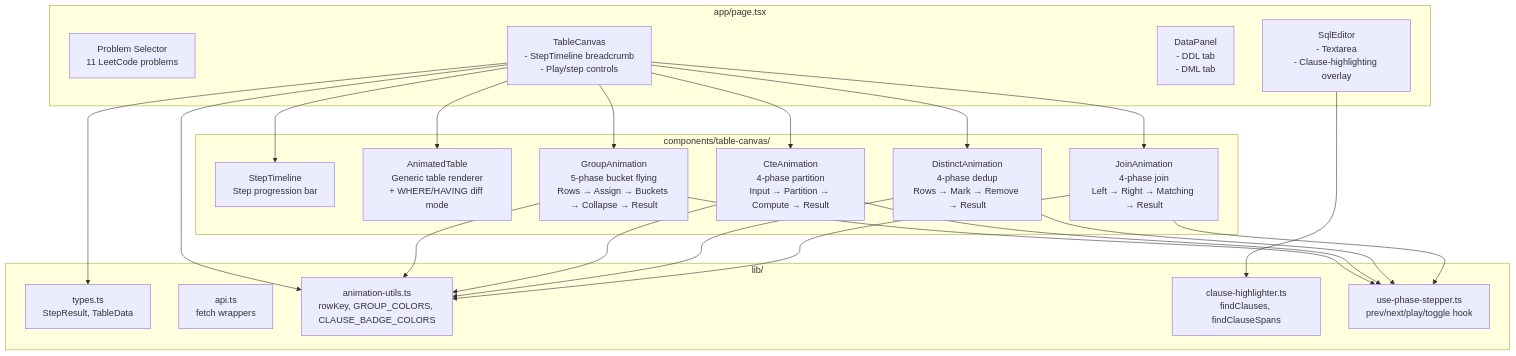
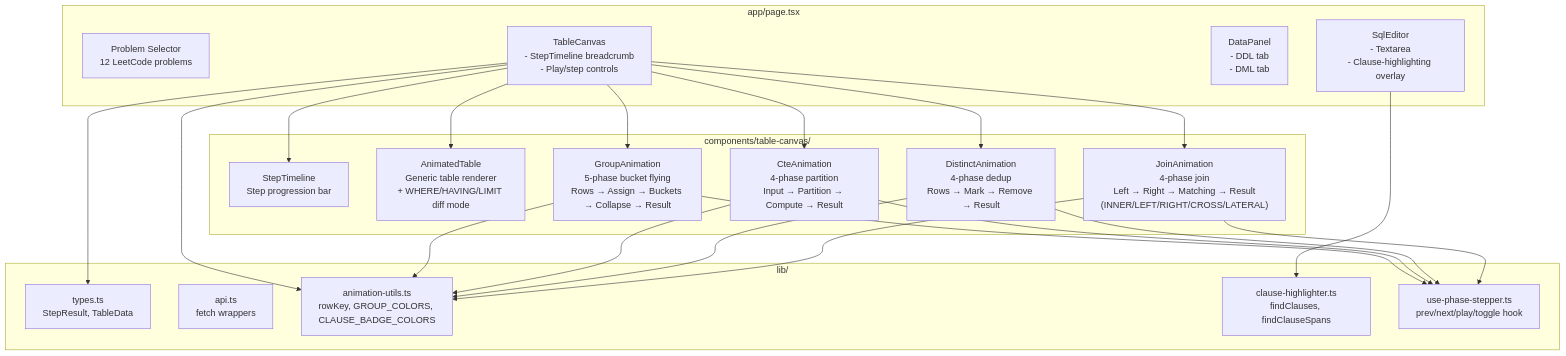
One commit to Voodels/Seeql changed the fourth of 5 diagrams in README.md. Above: the diagram before and after it, drawn with Mermaid. The commit also changed other lines of this file, not shown here.

Commit message:
Update README with all new features: ORDER BY, LIMIT, subqueries, set ops, multiple FROM, compound, LATERAL, UPDATE/DELETE, recursive CTE, window annotations

````diff
--- a/README.md
+++ b/README.md
@@ -156,44 +187,44 @@
 ```mermaid
 graph TB
     subgraph Layout["app/page.tsx"]
-        PS["Problem Selector<br/>11 LeetCode problems"]
+        PS["Problem Selector<br/>12 LeetCode problems"]
         SE["SqlEditor<br/>- Textarea<br/>- Clause-highlighting overlay"]
         DP["DataPanel<br/>- DDL tab<br/>- DML tab"]
         TC["TableCanvas<br/>- StepTimeline breadcrumb<br/>- Play/step controls"]
     end
 
     subgraph Animations["components/table-canvas/"]
         ST["StepTimeline<br/>Step progression bar"]
-        AT["AnimatedTable<br/>Generic table renderer<br/>+ WHERE/HAVING diff mode"]
+        AT["AnimatedTable<br/>Generic table renderer<br/>+ WHERE/HAVING/LIMIT diff mode"]
         GA["GroupAnimation<br/>5-phase bucket flying<br/>Rows → Assign → Buckets → Collapse → Result"]
         CA["CteAnimation<br/>4-phase partition<br/>Input → Partition → Compute → Result"]
         DA["DistinctAnimation<br/>4-phase dedup<br/>Rows → Mark → Remove → Result"]
-        JA["JoinAnimation<br/>4-phase join<br/>Left → Right → Matching → Result"]
+        JA["JoinAnimation<br/>4-phase join<br/>Left → Right → Matching → Result<br/>(INNER/LEFT/RIGHT/CROSS/LATERAL)"]
     end
 
     subgraph Shared["lib/"]
         T["types.ts<br/>StepResult, TableData"]
         A["api.ts<br/>fetch wrappers"]
         AU["animation-utils.ts<br/>rowKey, GROUP_COLORS, CLAUSE_BADGE_COLORS"]
         CH["clause-highlighter.ts<br/>findClauses, findClauseSpans"]
         PU["use-phase-stepper.ts<br/>prev/next/play/toggle hook"]
     end
 
     TC --> ST
     TC --> AT
     TC --> GA
     TC --> CA
     TC --> DA
     TC --> JA
     TC --> T
     TC --> AU
     GA --> AU
     GA --> PU
     CA --> AU
     CA --> PU
     DA --> AU
     DA --> PU
     JA --> AU
     JA --> PU
     SE --> CH
 ```
````
